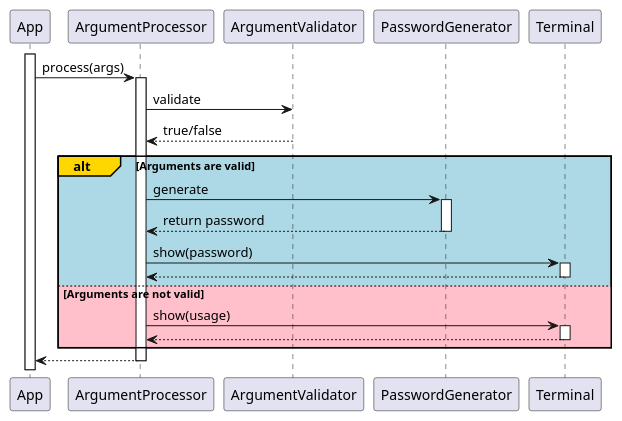
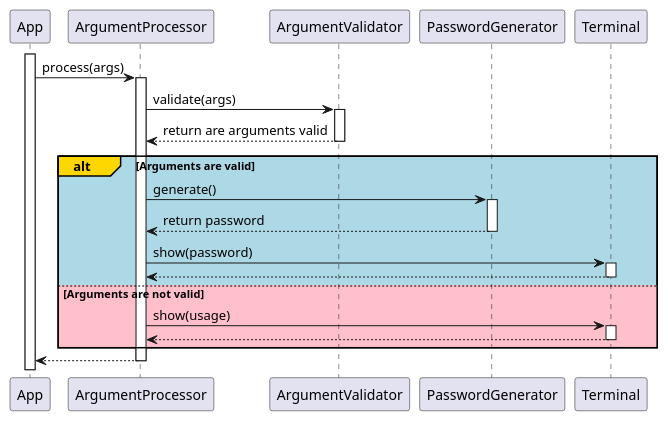
The diagram in diagrams/Sequence.puml (djvelimir/demo-java-cli), drawn with PlantUML before and after one commit. The commit also changed 1 other file, not shown here.

Commit message:
Update sequence diagram

```diff
--- a/diagrams/Sequence.puml
+++ b/diagrams/Sequence.puml
@@ -1,37 +1,39 @@
 @startuml
 participant App as app
 participant ArgumentProcessor as argumentProcessor
 participant ArgumentValidator as argumentValidator
 participant PasswordGenerator as passwordGenerator
 participant Terminal as terminal
 
 activate app
 
 app -> argumentProcessor: process(args)
 activate argumentProcessor
 
-argumentProcessor -> argumentValidator: validate
-argumentProcessor <-- argumentValidator: true/false
+argumentProcessor -> argumentValidator: validate(args)
+activate argumentValidator
+argumentProcessor <-- argumentValidator: return are arguments valid
+deactivate argumentValidator
 
 alt#Gold #LightBlue Arguments are valid
-    argumentProcessor -> passwordGenerator: generate
+    argumentProcessor -> passwordGenerator: generate()
     activate passwordGenerator
     argumentProcessor <-- passwordGenerator: return password
     deactivate passwordGenerator
 
     argumentProcessor -> terminal: show(password)
     activate terminal
     argumentProcessor <-- terminal
     deactivate terminal
 
 else #Pink Arguments are not valid
     argumentProcessor -> terminal: show(usage)
     activate terminal
     argumentProcessor <-- terminal
     deactivate terminal
 end
 
 app <-- argumentProcessor
 deactivate argumentProcessor
 
 @enduml
```
